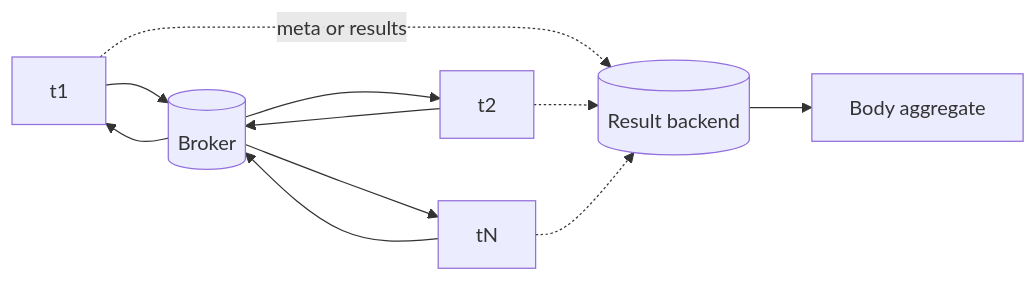
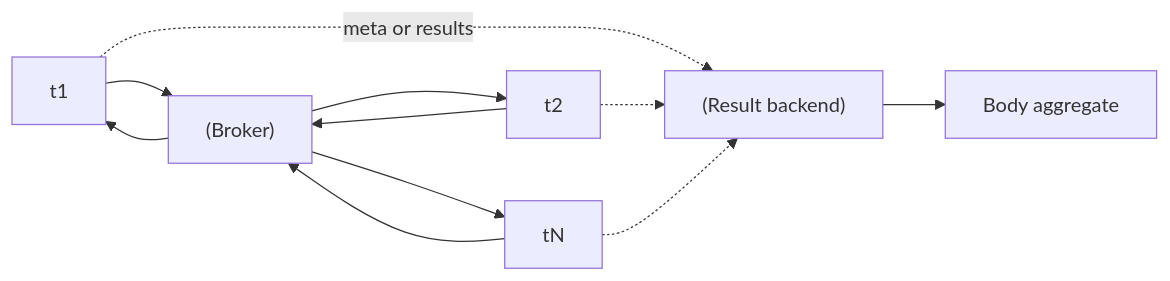
The eighth of 12 diagrams in directions/services/celery/pact/42_samoproverka_s_nulya_zakrytie_kazhdogo_bloka_plana/14_42_42_3_finalnyy_ekzamen_proekt_blokami.md (DDoSKudya/ai-study-atlas), drawn with Mermaid before and after one commit. The commit also changed other lines of this file and 322 other files, not shown here.

Commit message:
fix(docs): make mermaid diagrams GitHub-compatible across directions content

````diff
--- a/directions/services/celery/pact/42_samoproverka_s_nulya_zakrytie_kazhdogo_bloka_plana/14_42_42_3_finalnyy_ekzamen_proekt_blokami.md
+++ b/directions/services/celery/pact/42_samoproverka_s_nulya_zakrytie_kazhdogo_bloka_plana/14_42_42_3_finalnyy_ekzamen_proekt_blokami.md
@@ -472,19 +472,19 @@
 ```mermaid
 flowchart LR
-  T1[t1]
-  T2[t2]
-  TN[tN]
-  Broker[(Broker)]
-  RB[(Result backend)]
-  Body[Body aggregate]
+  T1["t1"]
+  T2["t2"]
+  TN["tN"]
+  Broker["(Broker)"]
+  RB["(Result backend)"]
+  Body["Body aggregate"]
   T1 --> Broker
   T2 --> Broker
   TN --> Broker
   Broker --> T1
   Broker --> T2
   Broker --> TN
   T1 -.->|meta or results| RB
   T2 -.-> RB
   TN -.-> RB
   RB --> Body
 ```
````
